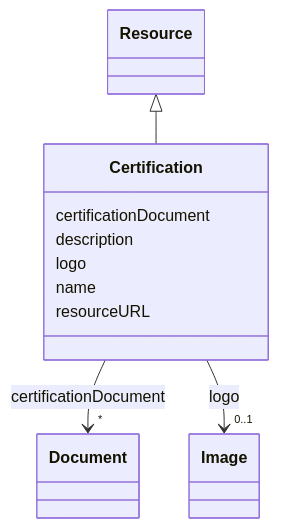
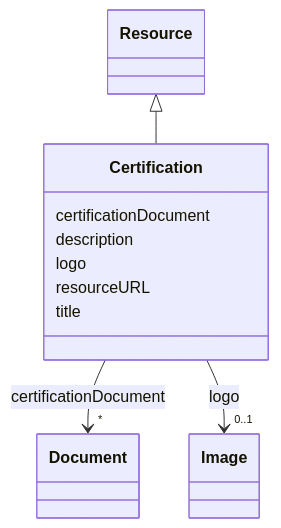
Before and after one commit to EVORA-project/evora-ontology: the diagram in models/docs/Certification.md, drawn with Mermaid. The commit also changed other lines of this file and 435 other files, not shown here.

````diff
--- a/models/docs/Certification.md
+++ b/models/docs/Certification.md
@@ -19,33 +19,33 @@
 ```mermaid
  classDiagram
     class Certification
     click Certification href "../Certification"
       Resource <|-- Certification
         click Resource href "../Resource"
       
       Certification : certificationDocument
         
           
     
     
     Certification --> "*" Document : certificationDocument
     click Document href "../Document"
 
         
       Certification : description
         
       Certification : logo
         
           
     
     
     Certification --> "0..1" Image : logo
     click Image href "../Image"
 
         
-      Certification : name
+      Certification : resourceURL
         
-      Certification : resourceURL
+      Certification : title
         
       
 ```
````
